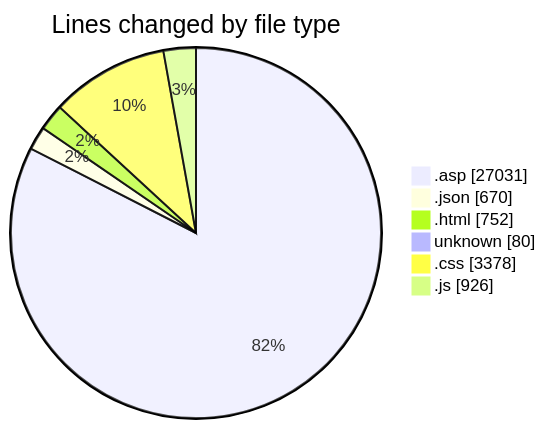
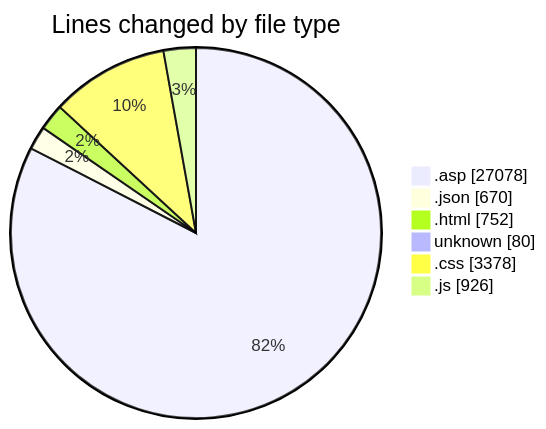
One commit to julien-gomy/code-tracking changed the first of 2 diagrams in 2025-11-01/cdp_aleoudev_fr__workspace_/README.md. Above: the diagram before and after it, drawn with Mermaid. The commit also changed other lines of this file and 1 other file, not shown here.

````diff
--- a/2025-11-01/cdp_aleoudev_fr__workspace_/README.md
+++ b/2025-11-01/cdp_aleoudev_fr__workspace_/README.md
@@ -39,10 +39,10 @@
 ```mermaid
 pie showData
 title Lines changed by file type
-".asp" : 27031
+".asp" : 27078
 ".json" : 670
 ".html" : 752
 "unknown" : 80
 ".css" : 3378
 ".js" : 926
 ```
````
